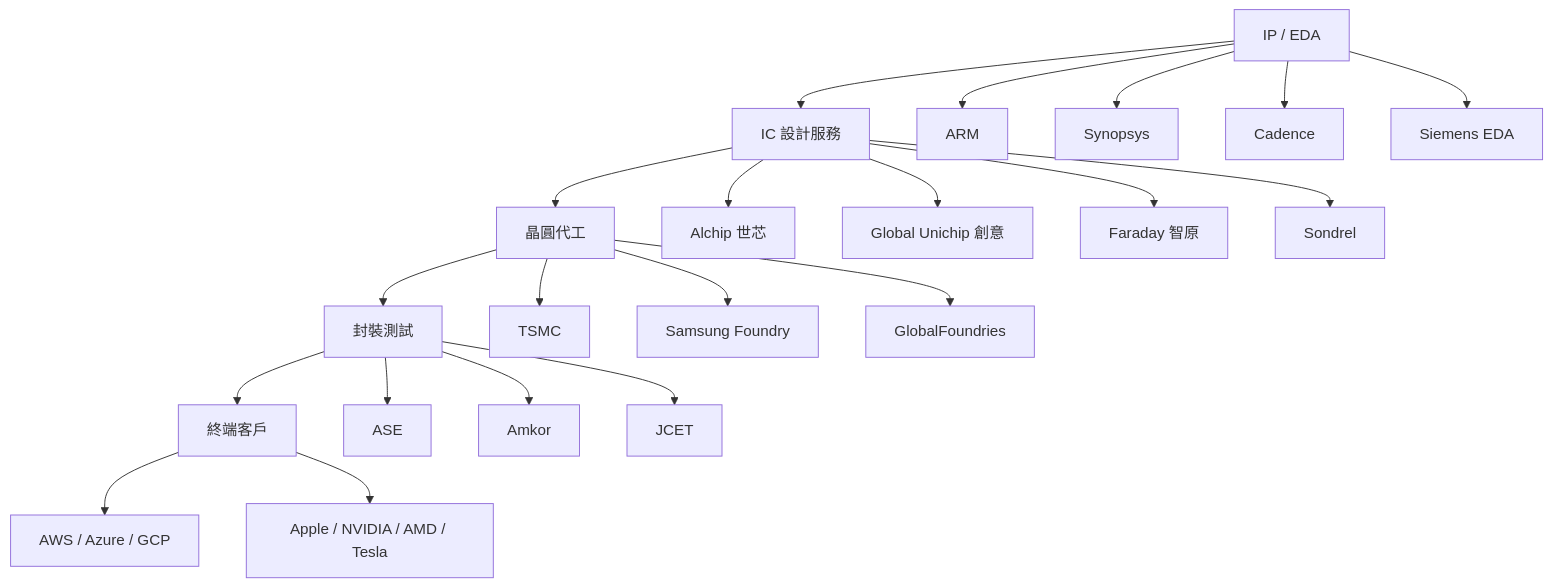
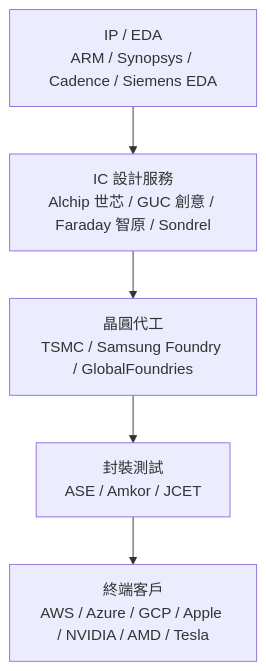
The diagram in README.md (CiCicode/asic-compare), drawn with Mermaid before and after one commit.

````diff
--- a/README.md
+++ b/README.md
@@ -13,31 +13,10 @@
 ```mermaid
 flowchart TD
-    A["IP / EDA"]
-    B["IC 設計服務"]
-    C["晶圓代工"]
-    D["封裝測試"]
-    E["終端客戶"]
+    A["IP / EDA<br/>ARM / Synopsys / Cadence / Siemens EDA"]
+    B["IC 設計服務<br/>Alchip 世芯 / GUC 創意 / Faraday 智原 / Sondrel"]
+    C["晶圓代工<br/>TSMC / Samsung Foundry / GlobalFoundries"]
+    D["封裝測試<br/>ASE / Amkor / JCET"]
+    E["終端客戶<br/>AWS / Azure / GCP / Apple / NVIDIA / AMD / Tesla"]
 
     A --> B --> C --> D --> E
-
-    A --> ARM[ARM]
-    A --> SYNOPSYS[Synopsys]
-    A --> CADENCE[Cadence]
-    A --> SIEMENS[Siemens EDA]
-
-    B --> ALCHIP[Alchip 世芯]
-    B --> GUC[Global Unichip 創意]
-    B --> FARADAY[Faraday 智原]
-    B --> SONDREL[Sondrel]
-
-    C --> TSMC[TSMC]
-    C --> SAMSUNG[Samsung Foundry]
-    C --> GF[GlobalFoundries]
-
-    D --> ASE[ASE]
-    D --> AMK[Amkor]
-    D --> JCET[JCET]
-
-    E --> CSP[AWS / Azure / GCP]
-    E --> OEM[Apple / NVIDIA / AMD / Tesla]
 ```
````
